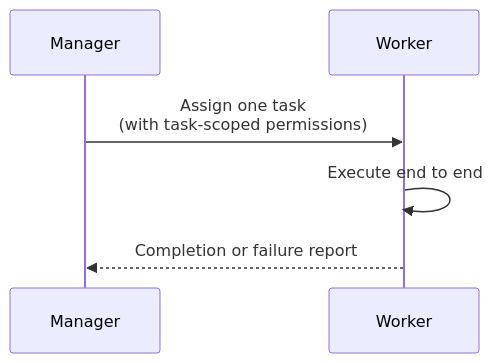
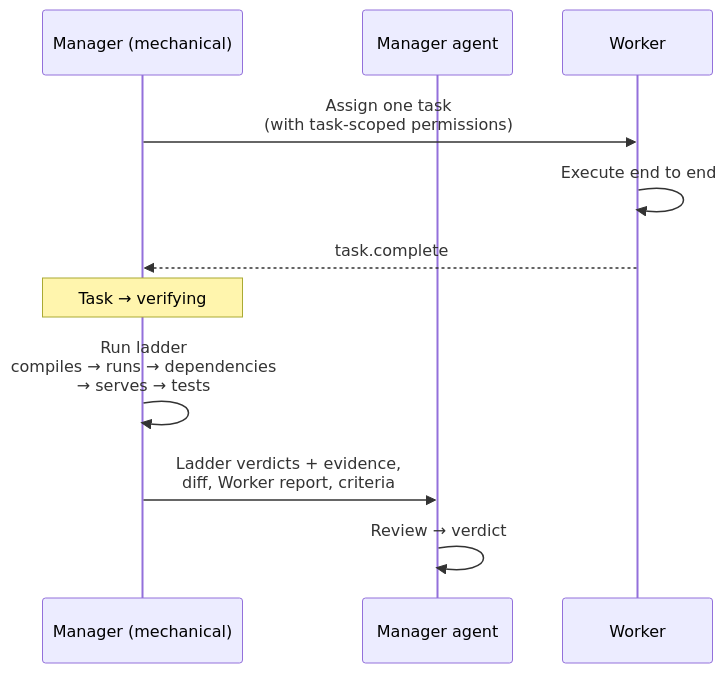
Before and after one commit to codekalakaars/vajra: the second of 4 diagrams in docs/system-roles/README.md, drawn with Mermaid. The commit also changed other lines of this file and 30 other files, not shown here.

````diff
--- a/docs/system-roles/README.md
+++ b/docs/system-roles/README.md
@@ -86,9 +88,14 @@
 ```mermaid
 sequenceDiagram
-    participant M as Manager
+    participant MM as Manager (mechanical)
+    participant MA as Manager agent
     participant W as Worker
 
-    M->>W: Assign one task<br/>(with task-scoped permissions)
+    MM->>W: Assign one task<br/>(with task-scoped permissions)
     W->>W: Execute end to end
-    W-->>M: Completion or failure report
+    W-->>MM: task.complete
+    Note over MM: Task → verifying
+    MM->>MM: Run ladder<br/>compiles → runs → dependencies<br/>→ serves → tests
+    MM->>MA: Ladder verdicts + evidence,<br/>diff, Worker report, criteria
+    MA->>MA: Review → verdict
 ```
````
